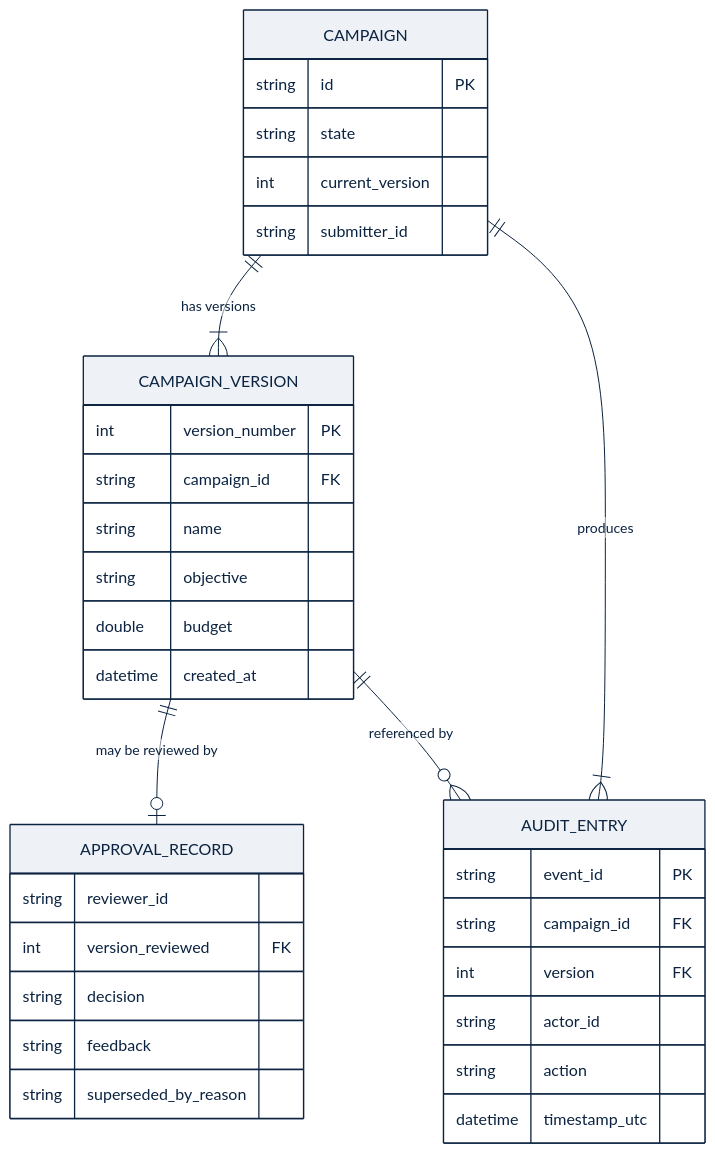
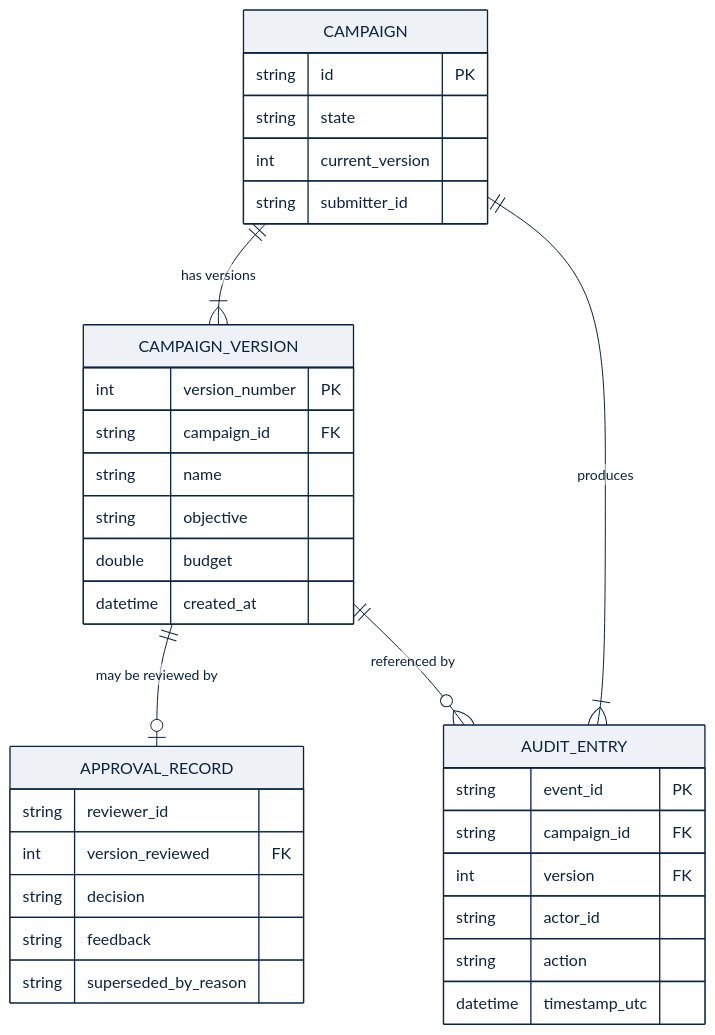
The diagram in docs/05-diagrams/er-diagram.mmd (dhruvjaink07/mal4-martech), drawn with Mermaid before and after one commit. The commit also changed 71 other files, not shown here.

Commit message:
refactor: remove PDF generation scripts and add architecture deliverables and LLD docs

```diff
--- a/docs/05-diagrams/er-diagram.mmd
+++ b/docs/05-diagrams/er-diagram.mmd
@@ -1,41 +1,41 @@
 %% Database ER Diagram - CONCEPTUAL / DOMAIN-LEVEL ONLY
 %% This is NOT the physical schema. Physical tables, columns, and indexes are defined
 %% separately in the project's data-design documentation. This diagram shows only the
 %% entity relationships established in the Low-Level Design's domain model.
 
-%%{init: {'theme':'base', 'themeVariables': {'primaryColor':'#eef2f7','primaryBorderColor':'#0b2340','primaryTextColor':'#0b2340','lineColor':'#0b2340','secondaryColor':'#dde6f0','tertiaryColor':'#ffffff','fontFamily':'Helvetica, Arial, sans-serif'}, 'er': {'entityPadding': 20, 'minEntityWidth': 170, 'fontSize': 15}}}%%
+%%{init: {'theme':'base', 'themeVariables': {'primaryColor':'#eef2f7','primaryBorderColor':'#0b2340','primaryTextColor':'#0b2340','lineColor':'#0b2340','secondaryColor':'#dde6f0','tertiaryColor':'#ffffff'}}}%%
 erDiagram
     CAMPAIGN ||--|{ CAMPAIGN_VERSION : "has versions"
     CAMPAIGN_VERSION ||--o| APPROVAL_RECORD : "may be reviewed by"
     CAMPAIGN ||--|{ AUDIT_ENTRY : "produces"
     CAMPAIGN_VERSION ||--o{ AUDIT_ENTRY : "referenced by"
 
     CAMPAIGN {
         string id PK
         string state
         int current_version
         string submitter_id
     }
     CAMPAIGN_VERSION {
         int version_number PK
         string campaign_id FK
         string name
         string objective
         double budget
         datetime created_at
     }
     APPROVAL_RECORD {
         string reviewer_id
         int version_reviewed FK
         string decision
         string feedback
         string superseded_by_reason
     }
     AUDIT_ENTRY {
         string event_id PK
         string campaign_id FK
         int version FK
         string actor_id
         string action
         datetime timestamp_utc
     }
```
